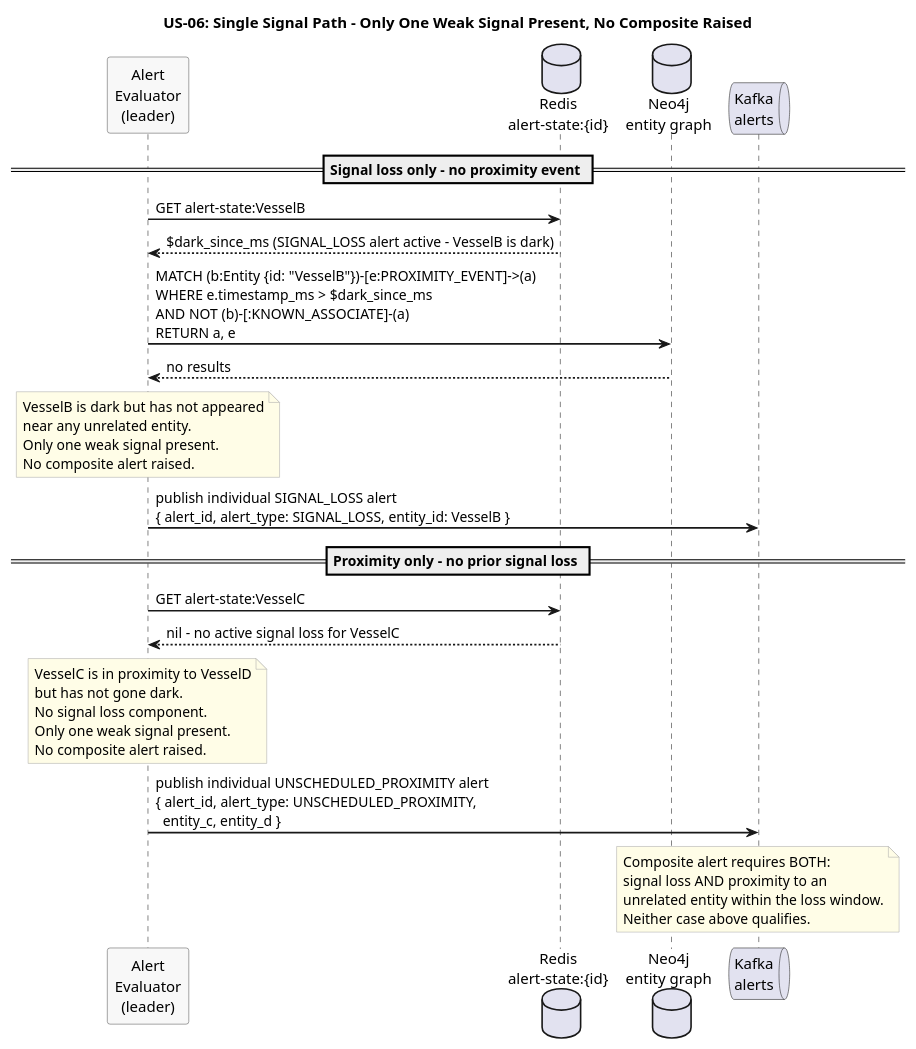
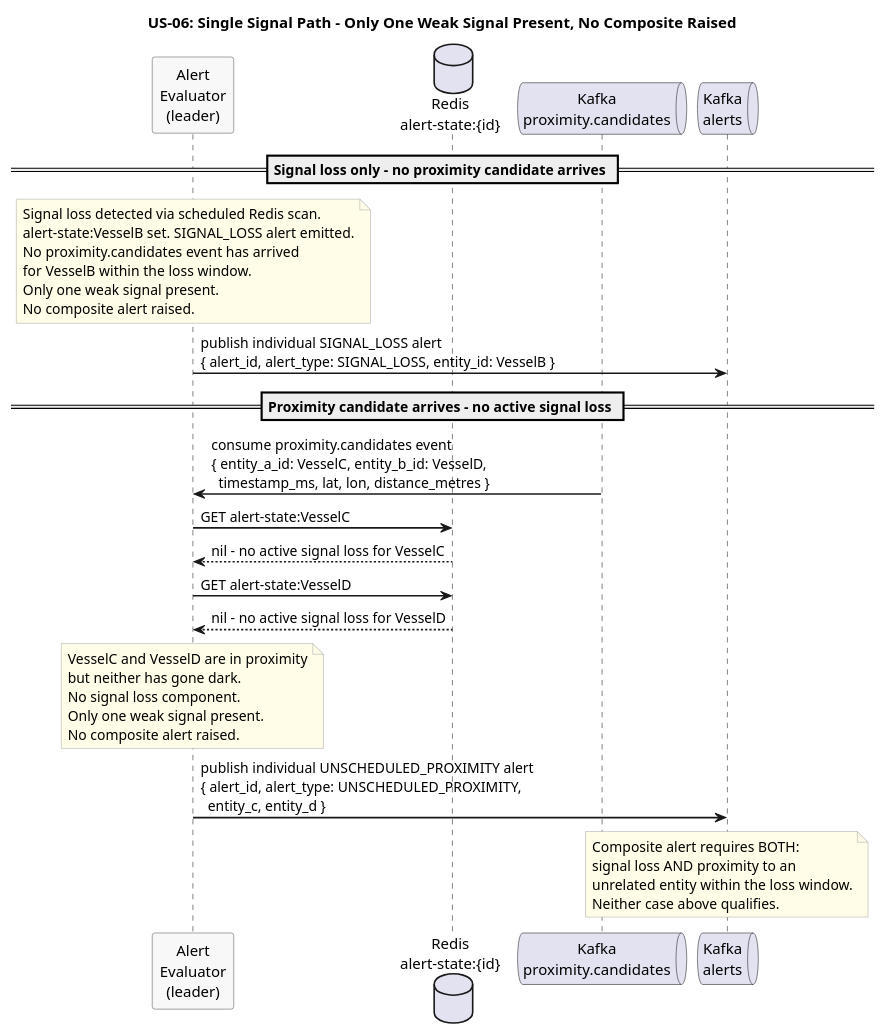
One commit to Buffden/sentinel changed the diagram in docs/use-cases/US-06-composite-alert/single-signal-path.puml. Above: the diagram before and after it, drawn with PlantUML. The commit also changed 18 other files, not shown here.

Commit message:
introduce hybrid input model across all architecture docs

```diff
--- a/docs/use-cases/US-06-composite-alert/single-signal-path.puml
+++ b/docs/use-cases/US-06-composite-alert/single-signal-path.puml
@@ -1,54 +1,55 @@
 @startuml single-signal-path
 title US-06: Single Signal Path - Only One Weak Signal Present, No Composite Raised
 
 skinparam sequenceArrowThickness 1.5
 skinparam participantBorderColor #555555
 skinparam participantBackgroundColor #F8F8F8
 skinparam noteBorderColor #AAAAAA
 skinparam noteBackgroundColor #FFFDE7
 
 participant "Alert\nEvaluator\n(leader)" as Evaluator
 database "Redis\nalert-state:{id}" as AlertState
-database "Neo4j\nentity graph" as Neo4j
+queue "Kafka\nproximity.candidates" as ProxKafka
 queue "Kafka\nalerts" as Kafka
 
-== Signal loss only - no proximity event ==
-
-Evaluator -> AlertState : GET alert-state:VesselB
-AlertState --> Evaluator : $dark_since_ms (SIGNAL_LOSS alert active - VesselB is dark)
-
-Evaluator -> Neo4j : MATCH (b:Entity {id: "VesselB"})-[e:PROXIMITY_EVENT]->(a)\nWHERE e.timestamp_ms > $dark_since_ms\nAND NOT (b)-[:KNOWN_ASSOCIATE]-(a)\nRETURN a, e
-Neo4j --> Evaluator : no results
+== Signal loss only - no proximity candidate arrives ==
 
 note over Evaluator
-  VesselB is dark but has not appeared
-  near any unrelated entity.
+  Signal loss detected via scheduled Redis scan.
+  alert-state:VesselB set. SIGNAL_LOSS alert emitted.
+  No proximity.candidates event has arrived
+  for VesselB within the loss window.
   Only one weak signal present.
   No composite alert raised.
 end note
 
 Evaluator -> Kafka : publish individual SIGNAL_LOSS alert\n{ alert_id, alert_type: SIGNAL_LOSS, entity_id: VesselB }
 
-== Proximity only - no prior signal loss ==
+== Proximity candidate arrives - no active signal loss ==
+
+ProxKafka -> Evaluator : consume proximity.candidates event\n{ entity_a_id: VesselC, entity_b_id: VesselD,\n  timestamp_ms, lat, lon, distance_metres }
 
 Evaluator -> AlertState : GET alert-state:VesselC
 AlertState --> Evaluator : nil - no active signal loss for VesselC
 
+Evaluator -> AlertState : GET alert-state:VesselD
+AlertState --> Evaluator : nil - no active signal loss for VesselD
+
 note over Evaluator
-  VesselC is in proximity to VesselD
-  but has not gone dark.
+  VesselC and VesselD are in proximity
+  but neither has gone dark.
   No signal loss component.
   Only one weak signal present.
   No composite alert raised.
 end note
 
 Evaluator -> Kafka : publish individual UNSCHEDULED_PROXIMITY alert\n{ alert_id, alert_type: UNSCHEDULED_PROXIMITY,\n  entity_c, entity_d }
 
 note over Kafka
   Composite alert requires BOTH:
   signal loss AND proximity to an
   unrelated entity within the loss window.
   Neither case above qualifies.
 end note
 
 @enduml
```
